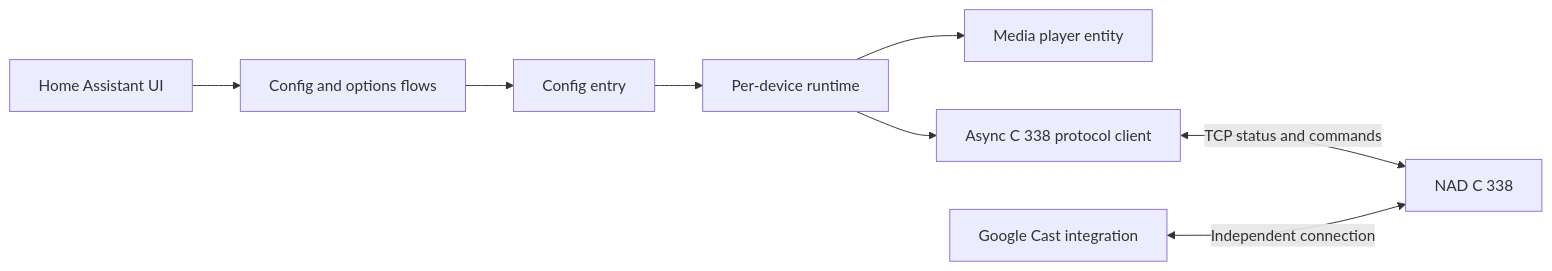
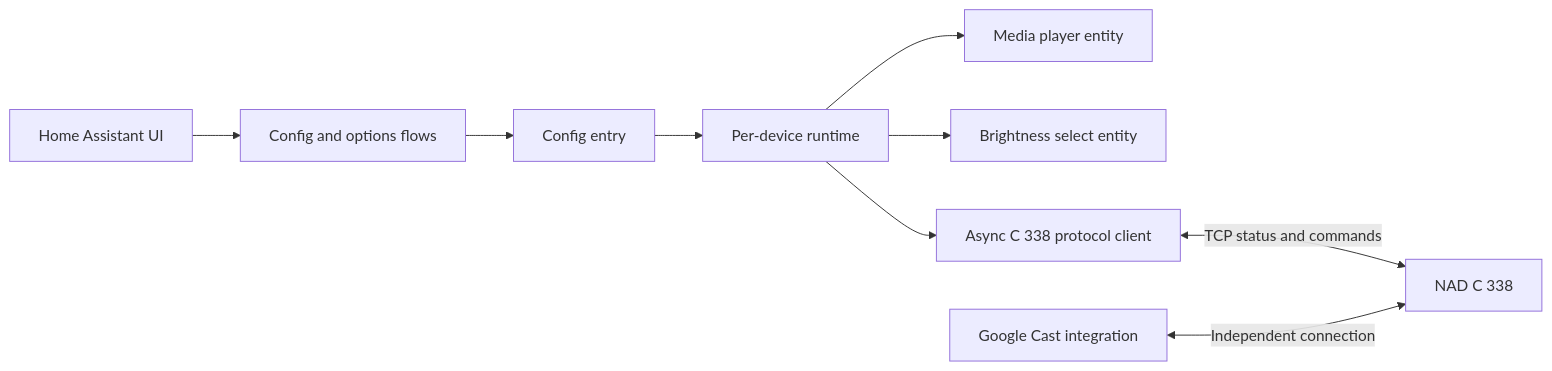
One commit to DBlade82/NAD-C338-Ctrl changed the diagram in docs/systemoverview.md. Above: the diagram before and after it, drawn with Mermaid. The commit also changed other lines of this file and 16 other files, not shown here.

````diff
--- a/docs/systemoverview.md
+++ b/docs/systemoverview.md
@@ -17,10 +18,11 @@
 ```mermaid
 flowchart LR
     User[Home Assistant UI] --> Flow[Config and options flows]
     Flow --> Entry[Config entry]
     Entry --> Runtime[Per-device runtime]
     Runtime --> Entity[Media player entity]
+    Runtime --> Select[Brightness select entity]
     Runtime --> Client[Async C 338 protocol client]
     Client <-->|TCP status and commands| Amp[NAD C 338]
     Cast[Google Cast integration] <-->|Independent connection| Amp
 ```
````
